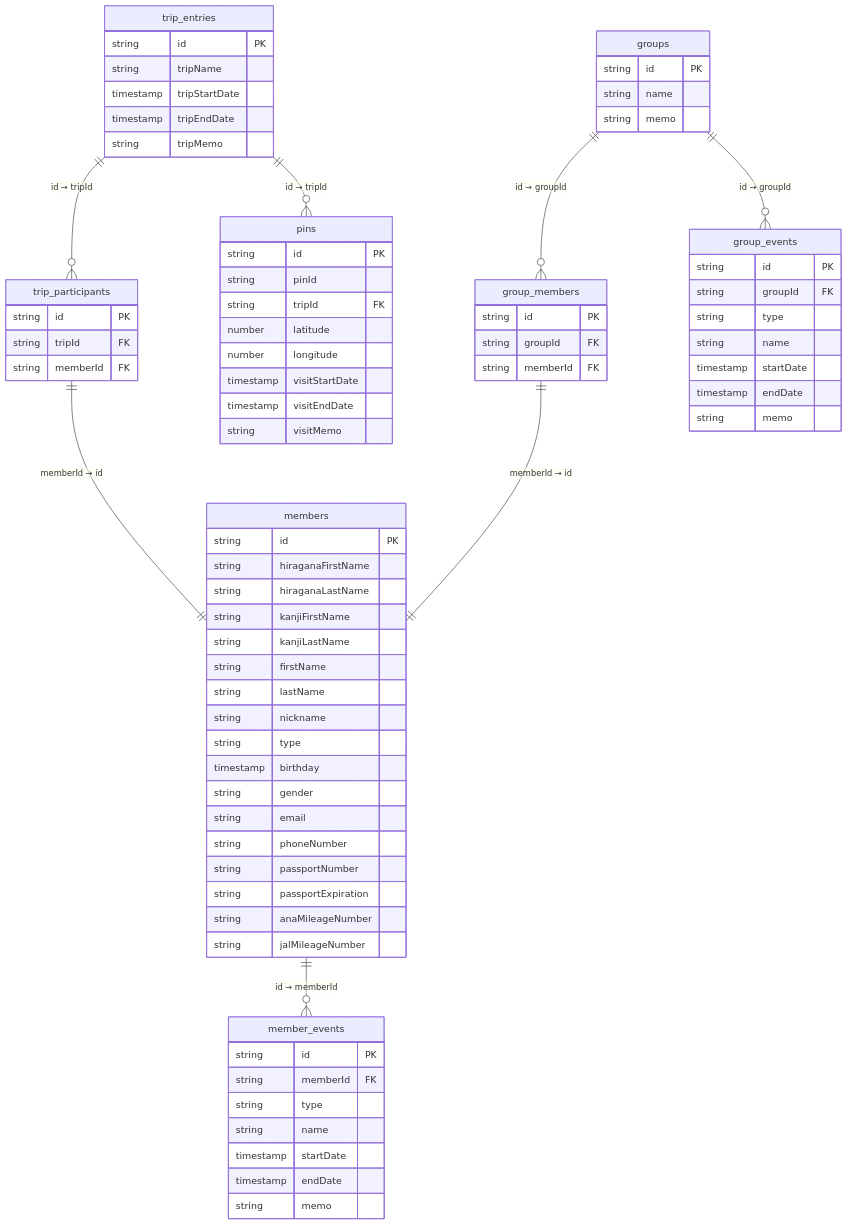
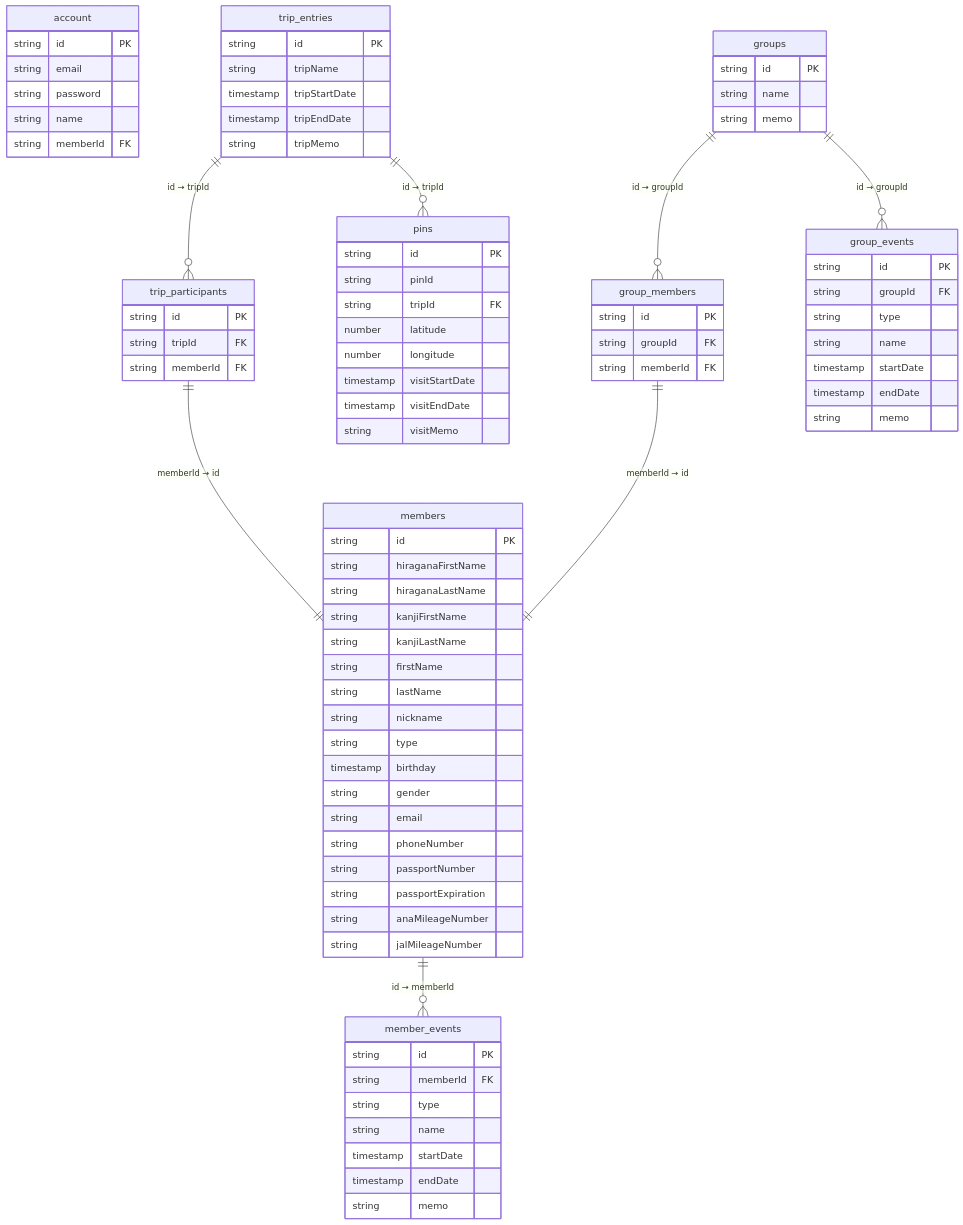
The diagram in doc/er_diagram.md (taka-016/memora), drawn with Mermaid before and after one commit. The commit also changed 2 other files, not shown here.

Commit message:
account追加

````diff
--- a/doc/er_diagram.md
+++ b/doc/er_diagram.md
@@ -3,5 +3,12 @@
 ```mermaid
 erDiagram
+    account {
+        string id PK
+        string email
+        string password
+        string name
+        string memberId FK
+    }
     trip_entries {
         string id PK
         string tripName
````
